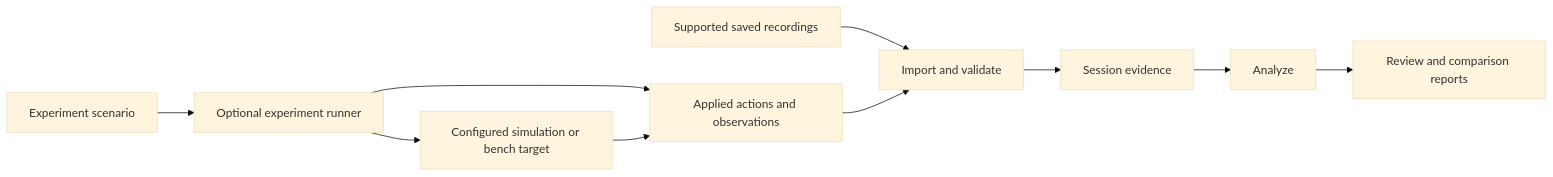
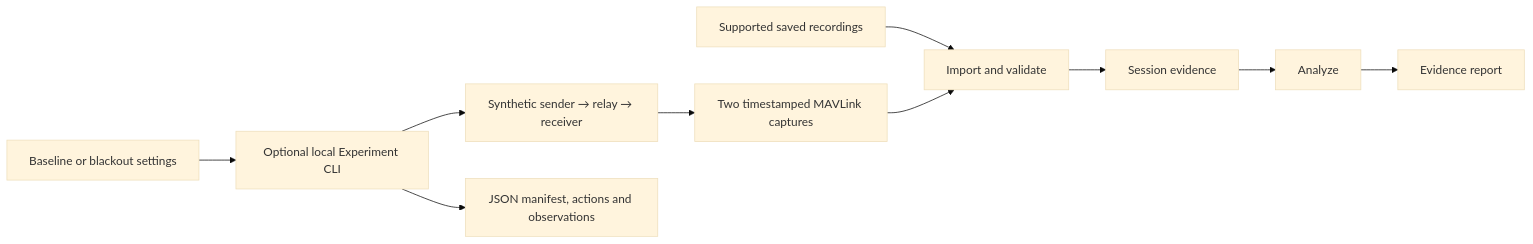
Before and after one commit to victormonnot/UAV-Debugger: the diagram in docs/architecture.md, drawn with Mermaid (base theme). The commit also changed other lines of this file and 14 other files, not shown here.

Commit message:
feat(experiment): add bounded local MAVLink relay experiments

````diff
--- a/docs/architecture.md
+++ b/docs/architecture.md
@@ -12,12 +13,12 @@
 ```mermaid
 flowchart LR
     files["Supported saved recordings"] --> import["Import and validate"]
     import --> session["Session evidence"]
     session --> analyze["Analyze"]
-    analyze --> report["Review and comparison reports"]
-    scenario["Experiment scenario"] --> runner["Optional experiment runner"]
-    runner --> target["Configured simulation or bench target"]
-    runner --> trace["Applied actions and observations"]
-    target --> trace
-    trace --> import
+    analyze --> report["Evidence report"]
+    scenario["Baseline or blackout settings"] --> runner["Optional local Experiment CLI"]
+    runner --> path["Synthetic sender → relay → receiver"]
+    path --> captures["Two timestamped MAVLink captures"]
+    captures --> import
+    runner --> trace["JSON manifest, actions and observations"]
 ```
````
